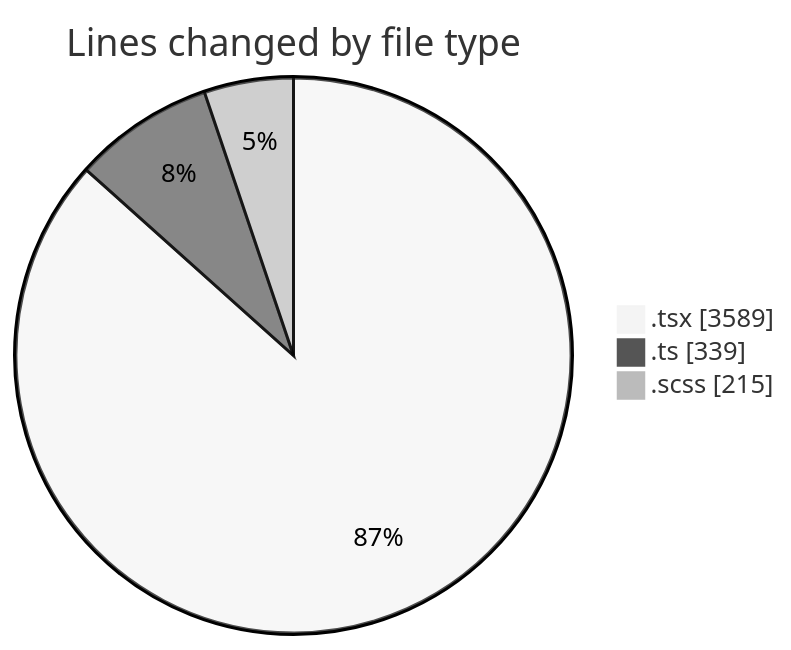
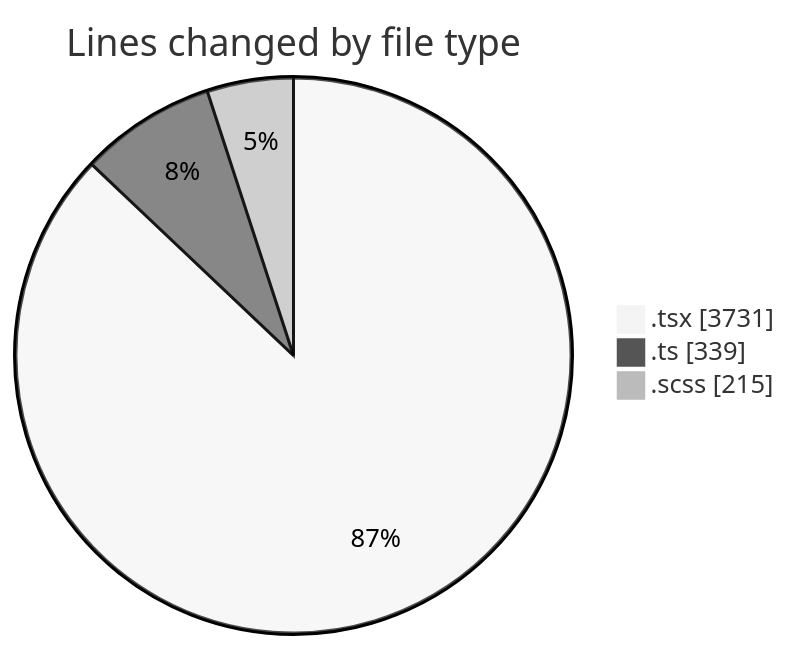
Before and after one commit to momahboobian/code-tracking: the first of 2 diagrams in 2025-07-08/cda/README.md, drawn with Mermaid (neutral theme). The commit also changed other lines of this file and 1 other file, not shown here.

````diff
--- a/2025-07-08/cda/README.md
+++ b/2025-07-08/cda/README.md
@@ -37,7 +39,7 @@
 ```mermaid
 pie showData
 title Lines changed by file type
-".tsx" : 3589
+".tsx" : 3731
 ".ts" : 339
 ".scss" : 215
 ```
````
